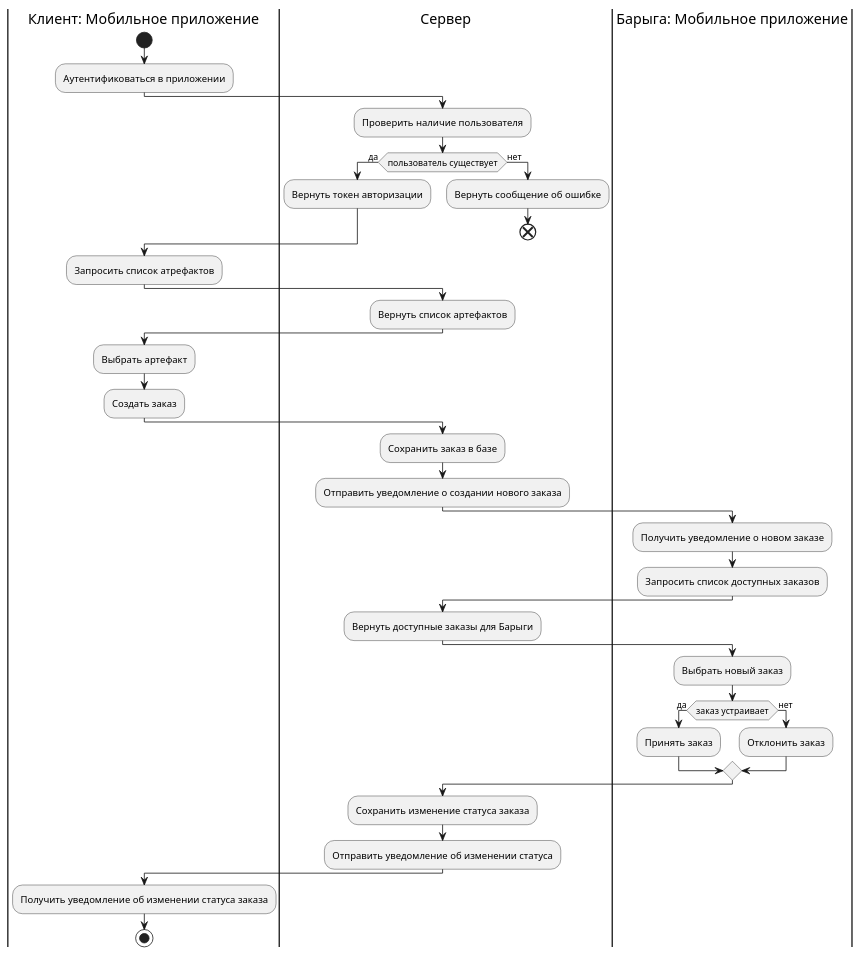
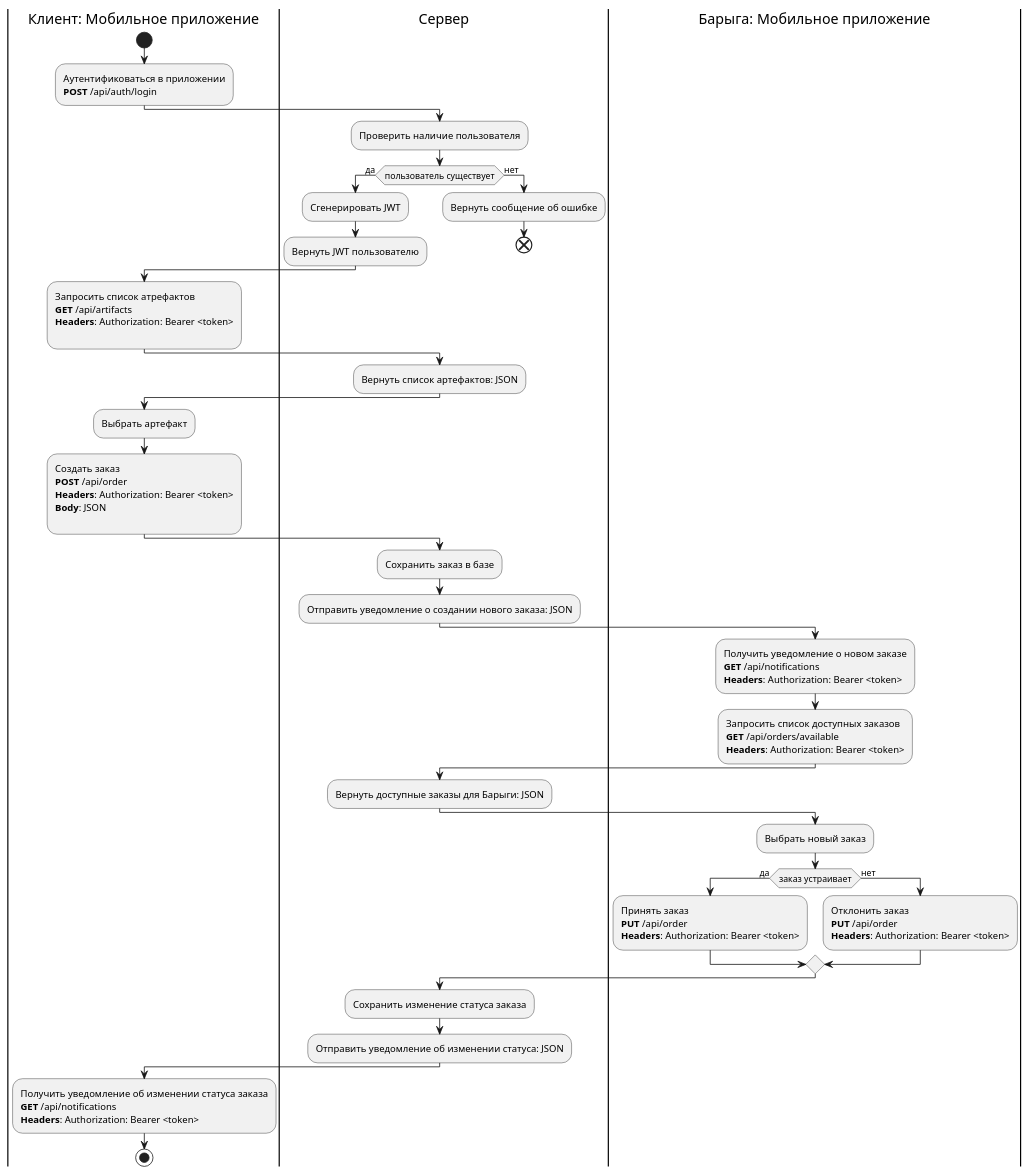
One commit to avdosev/itmo-software-diagrams changed the diagram in logical-veiw/activity_diag.puml. Above: the diagram before and after it, drawn with PlantUML.

Commit message:
update activity

```diff
--- a/logical-veiw/activity_diag.puml
+++ b/logical-veiw/activity_diag.puml
@@ -1,50 +1,73 @@
 @startuml
 |Клиент: Мобильное приложение|
 start
 
 
-:Аутентификоваться в приложении;
+:Аутентификоваться в приложении
+**POST** /api/auth/login;
 
 |Сервер|
 :Проверить наличие пользователя;
 if (пользователь существует) then (да)
-    :Вернуть токен авторизации;
+    :Сгенерировать JWT;
+    :Вернуть JWT пользователю;
 else (нет)
     :Вернуть сообщение об ошибке;
     end
 endif
 
 |Клиент: Мобильное приложение|
-:Запросить список атрефактов;
+:Запросить список атрефактов
+**GET** /api/artifacts
+**Headers**: Authorization: Bearer <token>
+;
+
 |Сервер|
-:Вернуть список артефактов;
+:Вернуть список артефактов: JSON;
 |Клиент: Мобильное приложение|
 :Выбрать артефакт;
-:Создать заказ;
+:Создать заказ
+**POST** /api/order
+**Headers**: Authorization: Bearer <token>
+**Body**: JSON
+;
+
 |Сервер|
 :Сохранить заказ в базе;
-:Отправить уведомление о создании нового заказа;
+:Отправить уведомление о создании нового заказа: JSON;
 
 
 |Барыга: Мобильное приложение|
-:Получить уведомление о новом заказе;
-:Запросить список доступных заказов;
+:Получить уведомление о новом заказе
+**GET** /api/notifications
+**Headers**: Authorization: Bearer <token>;
+:Запросить список доступных заказов
+**GET** /api/orders/available
+**Headers**: Authorization: Bearer <token>;
 |Сервер|
-:Вернуть доступные заказы для Барыги;
+:Вернуть доступные заказы для Барыги: JSON;
 |Барыга: Мобильное приложение|
 :Выбрать новый заказ;
 if (заказ устраивает) then (да)
-    :Принять заказ;
+    :Принять заказ
+**PUT** /api/order
+**Headers**: Authorization: Bearer <token>;
+  
 else (нет)
-    :Отклонить заказ;
+    :Отклонить заказ
+**PUT** /api/order
+**Headers**: Authorization: Bearer <token>;
+  
 endif
 
 |Сервер|
 :Сохранить изменение статуса заказа;
-:Отправить уведомление об изменении статуса;
+:Отправить уведомление об изменении статуса: JSON;
 
 |Клиент: Мобильное приложение|
-:Получить уведомление об изменении статуса заказа;
+:Получить уведомление об изменении статуса заказа
+**GET** /api/notifications
+**Headers**: Authorization: Bearer <token>;
 
 stop
 @enduml
```
